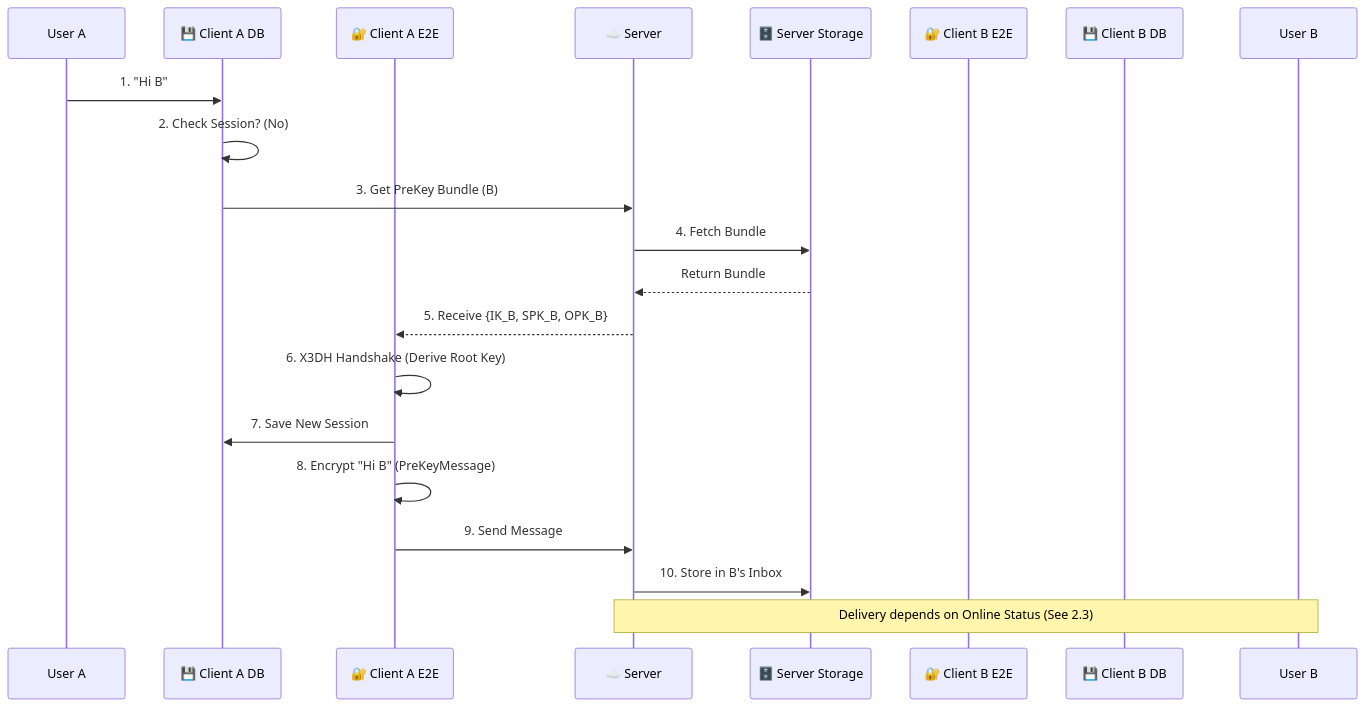
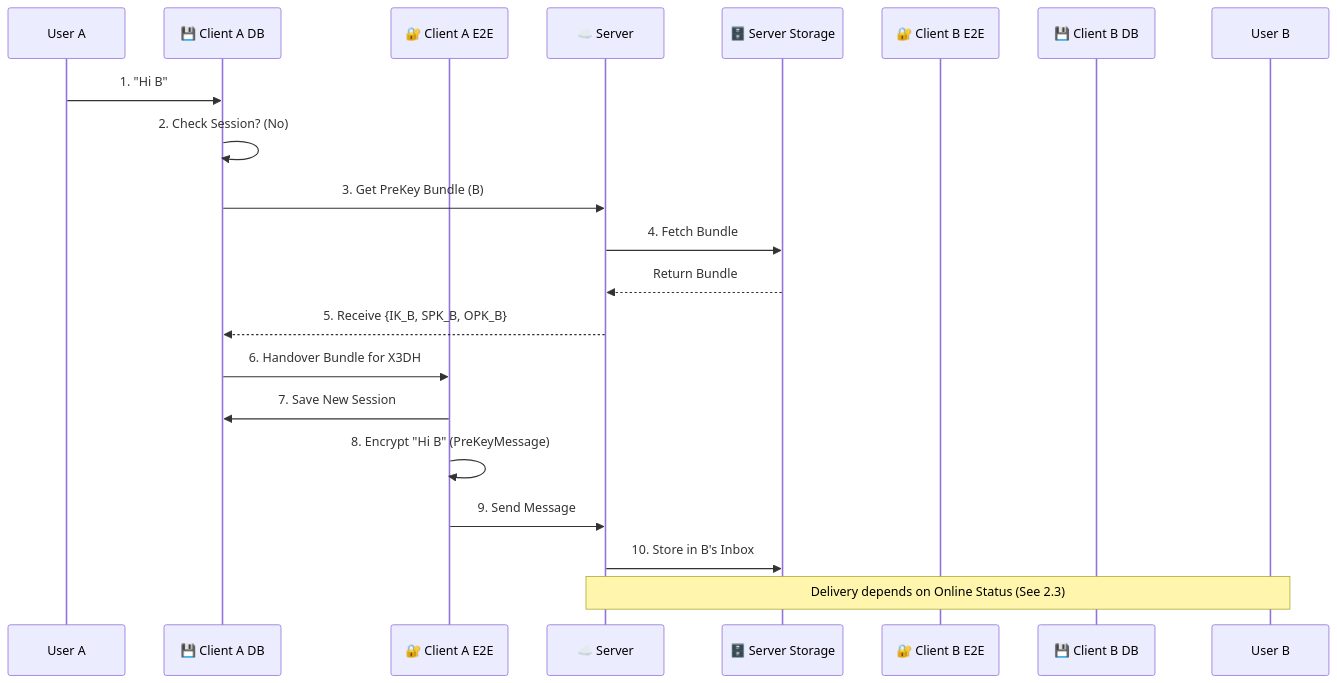
One commit to pingappduniya-oss/Ping-App-Complete-Use-Case-Flows-Technical-Deep-Dive- changed the fourth of 18 diagrams in CompleteUseCaseFlows.md. Above: the diagram before and after it, drawn with Mermaid. The commit also changed other lines of this file, not shown here.

````diff
--- a/CompleteUseCaseFlows.md
+++ b/CompleteUseCaseFlows.md
@@ -86,28 +86,28 @@
 ```mermaid
 sequenceDiagram
     participant UA as User A
     participant CA_DB as 💾 Client A DB
     participant CA_E2E as 🔐 Client A E2E
     participant Server as ☁️ Server
     participant SS as 🗄️ Server Storage
     participant CB_E2E as 🔐 Client B E2E
     participant CB_DB as 💾 Client B DB
     participant UB as User B
 
     UA->>CA_DB: 1. "Hi B"
     CA_DB->>CA_DB: 2. Check Session? (No)
     
     CA_DB->>Server: 3. Get PreKey Bundle (B)
     Server->>SS: 4. Fetch Bundle
     SS-->>Server: Return Bundle
-    Server-->>CA_E2E: 5. Receive {IK_B, SPK_B, OPK_B}
+    Server-->>CA_DB: 5. Receive {IK_B, SPK_B, OPK_B}
     
-    CA_E2E->>CA_E2E: 6. X3DH Handshake (Derive Root Key)
+    CA_DB->>CA_E2E: 6. Handover Bundle for X3DH
     CA_E2E->>CA_DB: 7. Save New Session
     CA_E2E->>CA_E2E: 8. Encrypt "Hi B" (PreKeyMessage)
     
     CA_E2E->>Server: 9. Send Message
     Server->>SS: 10. Store in B's Inbox
     
     Note over Server, UB: Delivery depends on Online Status (See 2.3)
 ```
````
